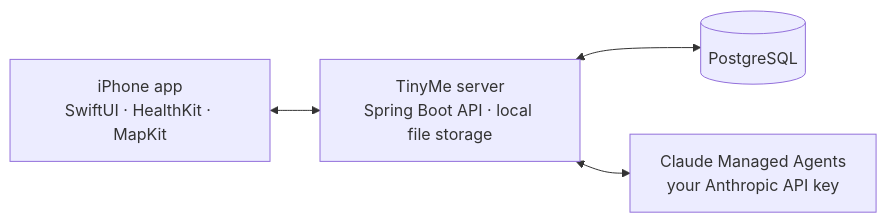
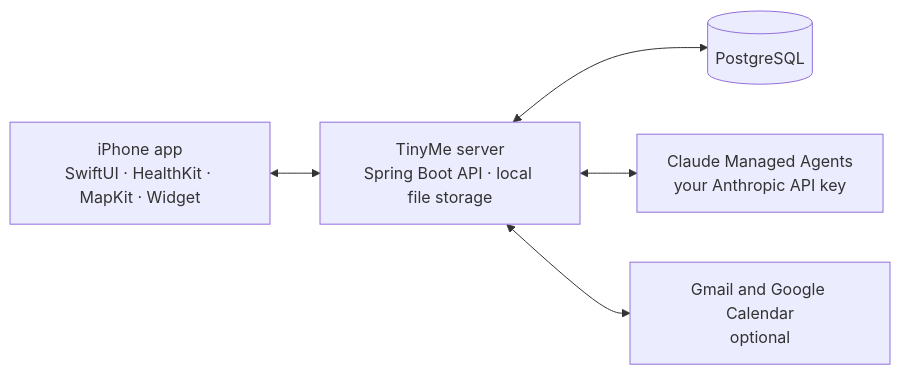
The diagram in README.md (bharatekarhade/tinyme), drawn with Mermaid before and after one commit. The commit also changed other lines of this file and 13 other files, not shown here.

````diff
--- a/README.md
+++ b/README.md
@@ -45,11 +91,13 @@
 ```mermaid
 flowchart LR
-    Phone["iPhone app<br/>SwiftUI · HealthKit · MapKit"]
+    Phone["iPhone app<br/>SwiftUI · HealthKit · MapKit · Widget"]
     Server["TinyMe server<br/>Spring Boot API · local file storage"]
     DB[("PostgreSQL")]
     Agent["Claude Managed Agents<br/>your Anthropic API key"]
+    Google["Gmail and Google Calendar<br/>optional"]
 
     Phone <--> Server
     Server <--> DB
     Server <--> Agent
+    Server <--> Google
 ```
````
